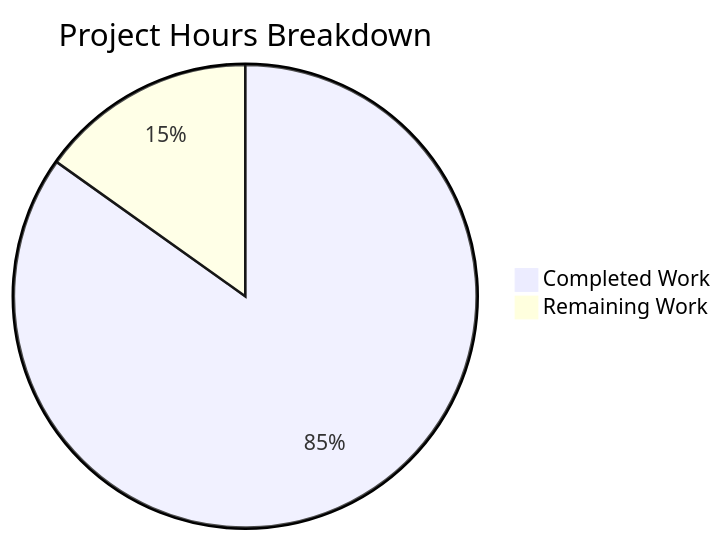
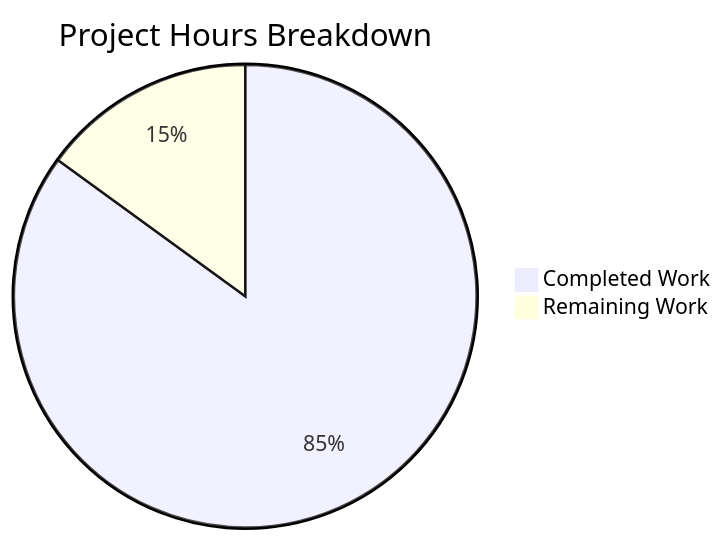
Before and after one commit to shaliniblitzy/05march_1-age: the second of 2 diagrams in blitzy/documentation/Project Guide.md, drawn with Mermaid. The commit also changed other lines of this file, not shown here.

Commit message:
Adding Blitzy Project Guide: Project Status and Human Tasks Remaining

````diff
--- a/blitzy/documentation/Project Guide.md
+++ b/blitzy/documentation/Project Guide.md
@@ -185,5 +183,5 @@
 ```mermaid
 pie title Project Hours Breakdown
-    "Completed Work" : 28
-    "Remaining Work" : 5
+    "Completed Work" : 17
+    "Remaining Work" : 3
 ```
````
